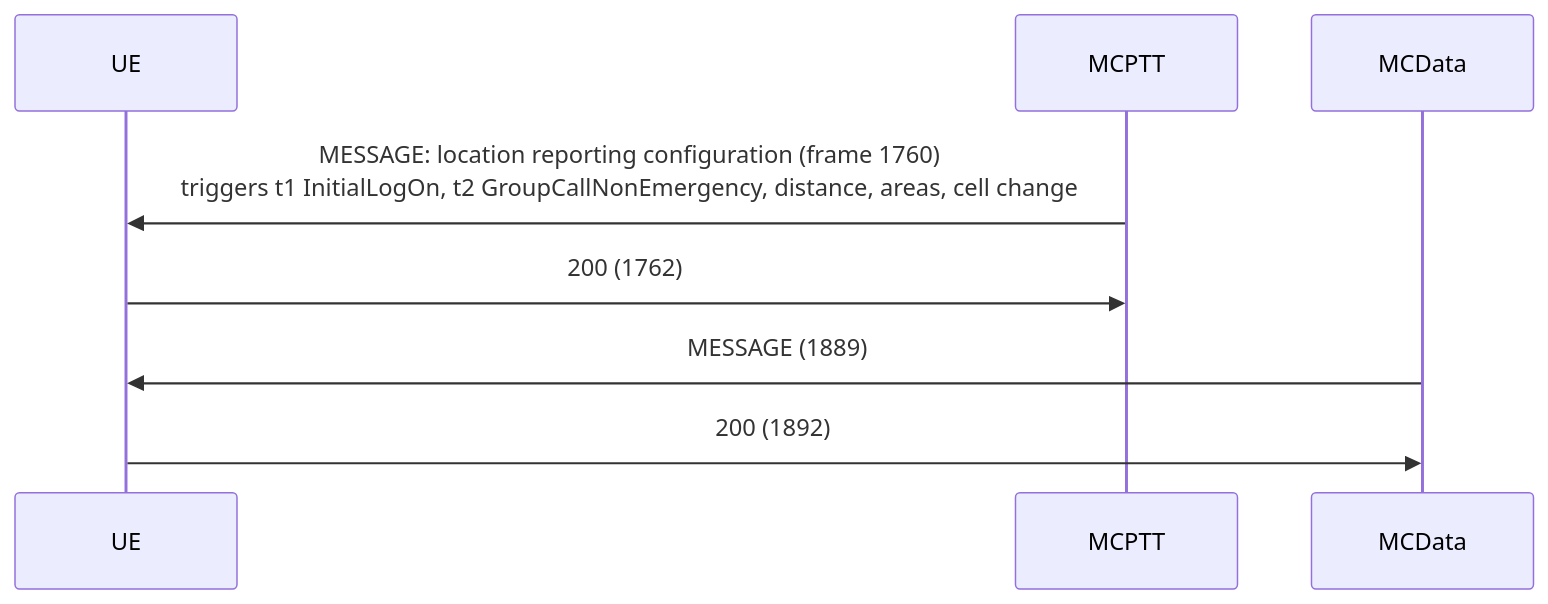
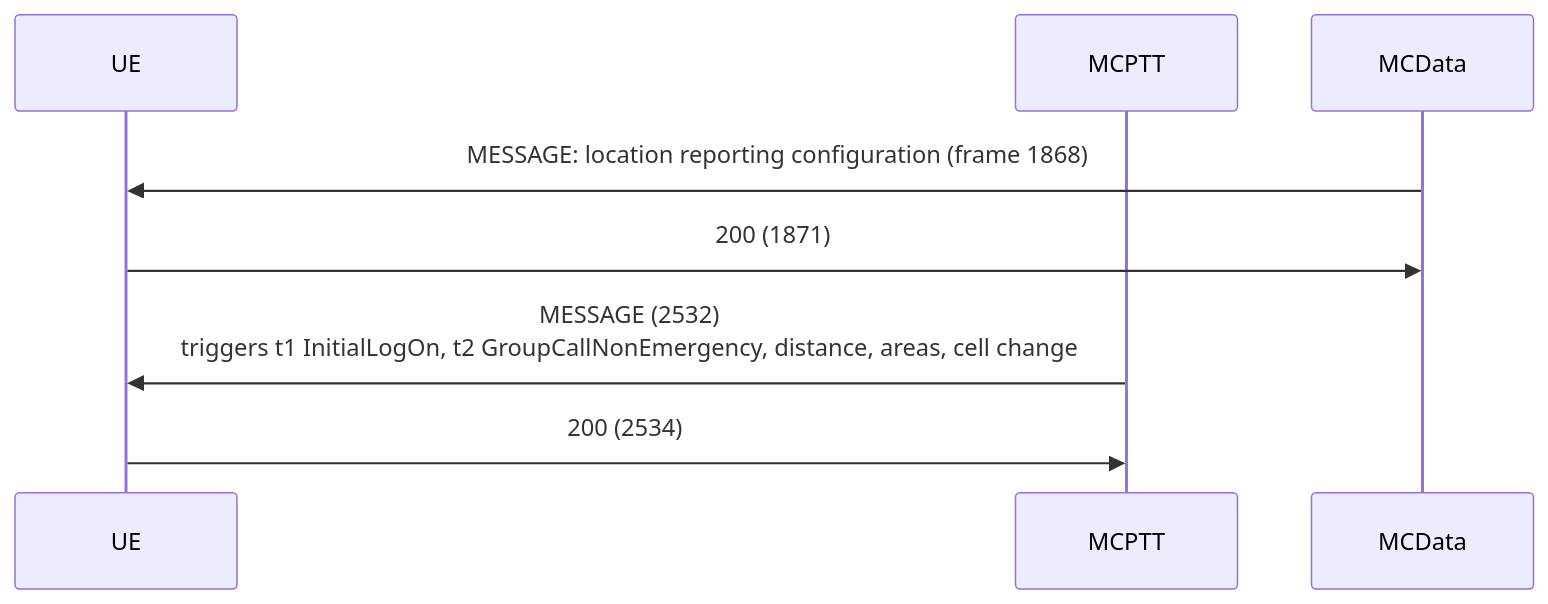
The eighth of 9 diagrams in tutorials/end-to-end/10-openmcx-ue-conformance-check/CALL_FLOW.md (openMCX/openmcx-server), drawn with Mermaid before and after one commit. The commit also changed other lines of this file and 19 other files, not shown here.

````diff
--- a/tutorials/end-to-end/10-openmcx-ue-conformance-check/CALL_FLOW.md
+++ b/tutorials/end-to-end/10-openmcx-ue-conformance-check/CALL_FLOW.md
@@ -244,10 +247,10 @@
 ```mermaid
 sequenceDiagram
     participant UE
     participant AS as MCPTT
     participant MD as MCData
-    AS->>UE: MESSAGE: location reporting configuration (frame 1760)<br/>triggers t1 InitialLogOn, t2 GroupCallNonEmergency, distance, areas, cell change
-    UE->>AS: 200 (1762)
-    MD->>UE: MESSAGE (1889)
-    UE->>MD: 200 (1892)
+    MD->>UE: MESSAGE: location reporting configuration (frame 1868)
+    UE->>MD: 200 (1871)
+    AS->>UE: MESSAGE (2532)<br/>triggers t1 InitialLogOn, t2 GroupCallNonEmergency, distance, areas, cell change
+    UE->>AS: 200 (2534)
 ```
````
